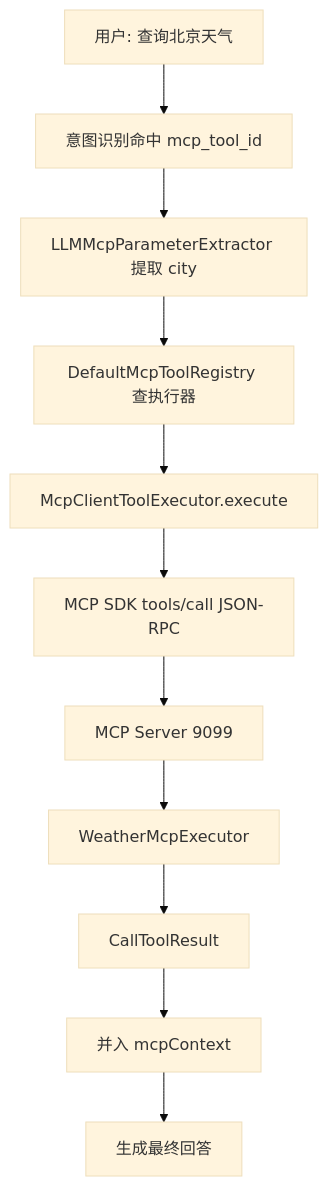
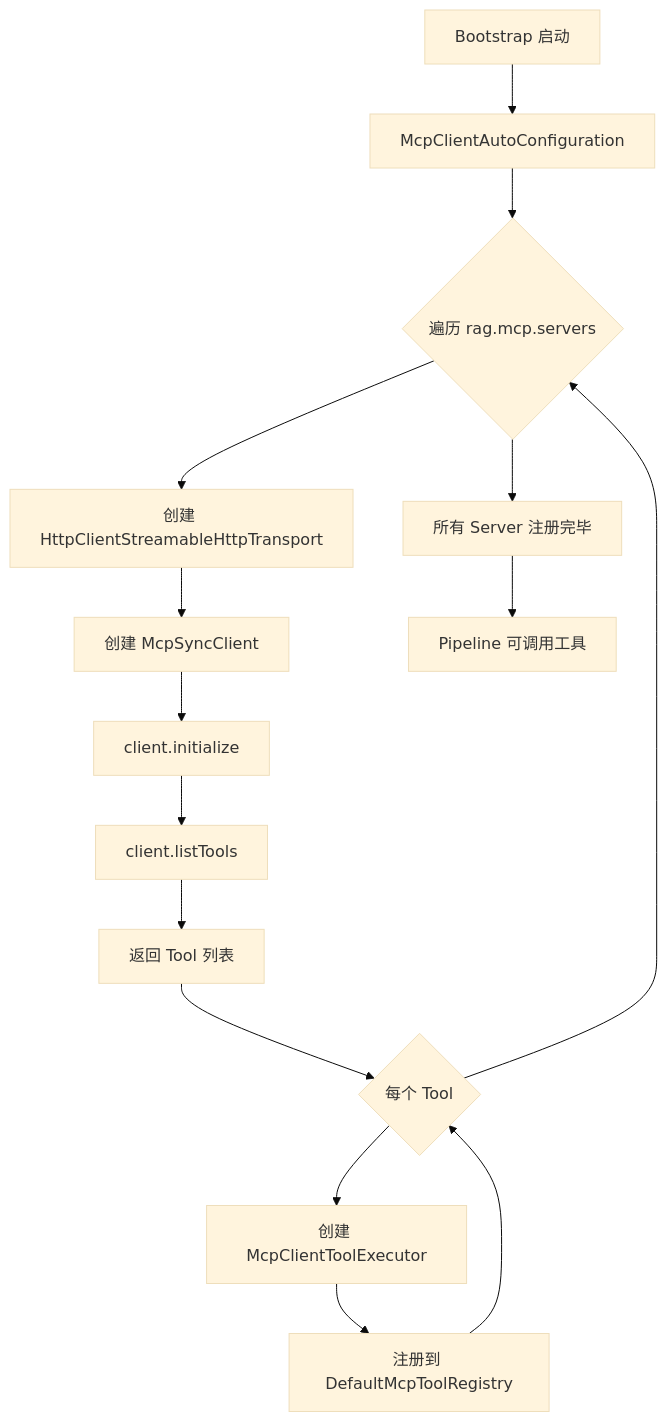
Before and after one commit to Purpose-C/ragent: the third of 5 diagrams in docs/learning-notes/09-MCP工具调用解析.md, drawn with Mermaid (base theme). The commit also changed other lines of this file and 19 other files, not shown here.

````diff
--- a/docs/learning-notes/09-MCP工具调用解析.md
+++ b/docs/learning-notes/09-MCP工具调用解析.md
@@ -23,13 +843,17 @@
 ```mermaid
 flowchart TD
-    Q[用户: 查询北京天气] --> I[意图识别命中 mcp_tool_id]
-    I --> P[LLMMcpParameterExtractor 提取 city]
-    P --> R[DefaultMcpToolRegistry 查执行器]
-    R --> E[McpClientToolExecutor.execute]
-    E --> J[MCP SDK tools/call JSON-RPC]
-    J --> S[MCP Server 9099]
-    S --> W[WeatherMcpExecutor]
-    W --> Result[CallToolResult]
-    Result --> Prompt[并入 mcpContext]
-    Prompt --> LLM[生成最终回答]
+    Start[Bootstrap 启动] --> Config[McpClientAutoConfiguration]
+    Config --> Loop{遍历 rag.mcp.servers}
+    Loop --> Transport[创建 HttpClientStreamableHttpTransport]
+    Transport --> Client[创建 McpSyncClient]
+    Client --> Init[client.initialize]
+    Init --> ListTools[client.listTools]
+    ListTools --> Tools[返回 Tool 列表]
+    Tools --> RegLoop{每个 Tool}
+    RegLoop --> Exec[创建 McpClientToolExecutor]
+    Exec --> Register[注册到 DefaultMcpToolRegistry]
+    Register --> RegLoop
+    RegLoop --> Loop
+    Loop --> Done[所有 Server 注册完毕]
+    Done --> Ready[Pipeline 可调用工具]
 ```
````
